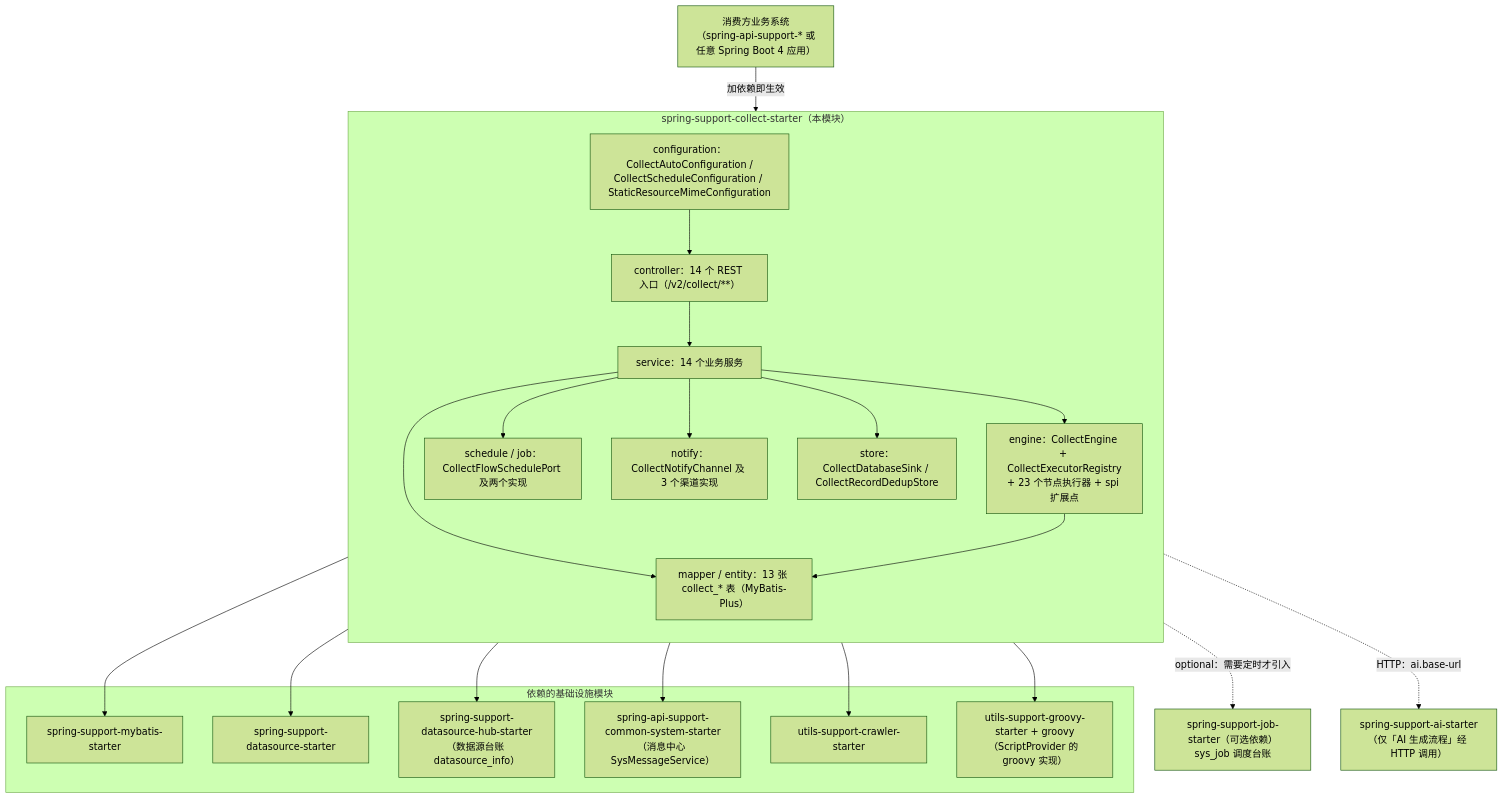
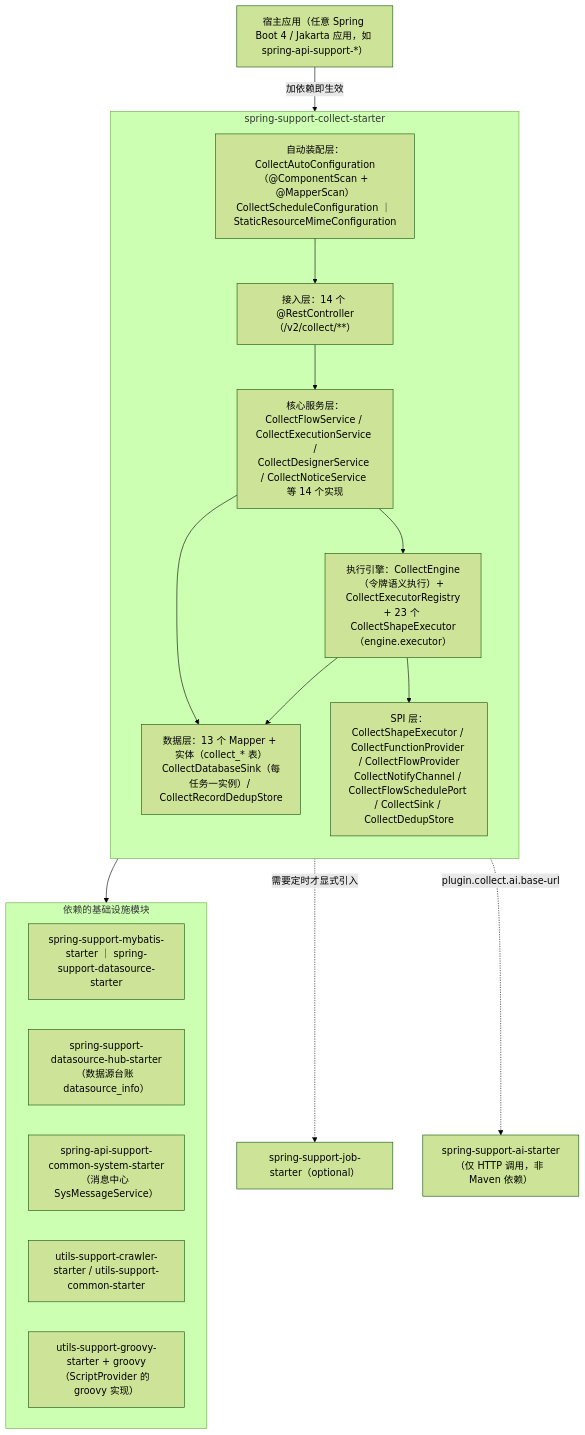
Before and after one commit to CHTK001/spring-support-parent-starter: the first of 2 diagrams in spring-support-collect-starter/README.md, drawn with Mermaid (forest theme). The commit also changed other lines of this file and 54 other files, not shown here.

````diff
--- a/spring-support-collect-starter/README.md
+++ b/spring-support-collect-starter/README.md
@@ -17,45 +7,35 @@
 ```mermaid
 flowchart TB
-    APP["消费方业务系统<br/>（spring-api-support-* 或任意 Spring Boot 4 应用）"]
+    APP["宿主应用（任意 Spring Boot 4 / Jakarta 应用，如 spring-api-support-*）"]
 
-    subgraph COLLECT["spring-support-collect-starter（本模块）"]
+    subgraph COLLECT["spring-support-collect-starter"]
         direction TB
-        CFG["configuration：CollectAutoConfiguration /<br/>CollectScheduleConfiguration / StaticResourceMimeConfiguration"]
-        CTRL["controller：14 个 REST 入口（/v2/collect/**）"]
-        SVC["service：14 个业务服务"]
-        ENG["engine：CollectEngine + CollectExecutorRegistry<br/>+ 23 个节点执行器 + spi 扩展点"]
-        SCH["schedule / job：CollectFlowSchedulePort 及两个实现"]
-        NTF["notify：CollectNotifyChannel 及 3 个渠道实现"]
-        ST["store：CollectDatabaseSink / CollectRecordDedupStore"]
-        DAL["mapper / entity：13 张 collect_* 表（MyBatis-Plus）"]
+        CFG["自动装配层：CollectAutoConfiguration（@ComponentScan + @MapperScan）<br/>CollectScheduleConfiguration ｜ StaticResourceMimeConfiguration"]
+        CTRL["接入层：14 个 @RestController（/v2/collect/**）"]
+        SVC["核心服务层：CollectFlowService / CollectExecutionService /<br/>CollectDesignerService / CollectNoticeService 等 14 个实现"]
+        ENG["执行引擎：CollectEngine（令牌语义执行）+ CollectExecutorRegistry<br/>+ 23 个 CollectShapeExecutor（engine.executor）"]
+        SPI["SPI 层：CollectShapeExecutor / CollectFunctionProvider / CollectFlowProvider<br/>CollectNotifyChannel / CollectFlowSchedulePort / CollectSink / CollectDedupStore"]
+        DAL["数据层：13 个 Mapper + 实体（collect_* 表）<br/>CollectDatabaseSink（每任务一实例）/ CollectRecordDedupStore"]
         CFG --> CTRL --> SVC
         SVC --> ENG
-        SVC --> SCH
-        SVC --> NTF
-        SVC --> ST
         SVC --> DAL
+        ENG --> SPI
         ENG --> DAL
     end
 
-    subgraph DEPS["依赖的基础设施模块"]
-        MYB["spring-support-mybatis-starter"]
-        DS["spring-support-datasource-starter"]
-        DH["spring-support-datasource-hub-starter<br/>（数据源台账 datasource_info）"]
-        CS["spring-api-support-common-system-starter<br/>（消息中心 SysMessageService）"]
-        CR["utils-support-crawler-starter"]
-        GR["utils-support-groovy-starter + groovy<br/>（ScriptProvider 的 groovy 实现）"]
+    subgraph BASE["依赖的基础设施模块"]
+        MYB["spring-support-mybatis-starter ｜ spring-support-datasource-starter"]
+        DH["spring-support-datasource-hub-starter（数据源台账 datasource_info）"]
+        CS["spring-api-support-common-system-starter（消息中心 SysMessageService）"]
+        CR["utils-support-crawler-starter / utils-support-common-starter"]
+        GR["utils-support-groovy-starter + groovy（ScriptProvider 的 groovy 实现）"]
     end
 
-    JOB["spring-support-job-starter（可选依赖）<br/>sys_job 调度台账"]
-    AI["spring-support-ai-starter<br/>（仅「AI 生成流程」经 HTTP 调用）"]
+    JOB["spring-support-job-starter（optional）"]
+    AI["spring-support-ai-starter（仅 HTTP 调用，非 Maven 依赖）"]
 
     APP -->|"加依赖即生效"| COLLECT
-    COLLECT --> MYB
-    COLLECT --> DS
-    COLLECT --> DH
-    COLLECT --> CS
-    COLLECT --> CR
-    COLLECT --> GR
-    COLLECT -.->|"optional：需要定时才引入"| JOB
-    COLLECT -.->|"HTTP：ai.base-url"| AI
+    COLLECT --> BASE
+    COLLECT -.->|"需要定时才显式引入"| JOB
+    COLLECT -.->|"plugin.collect.ai.base-url"| AI
 ```
````
